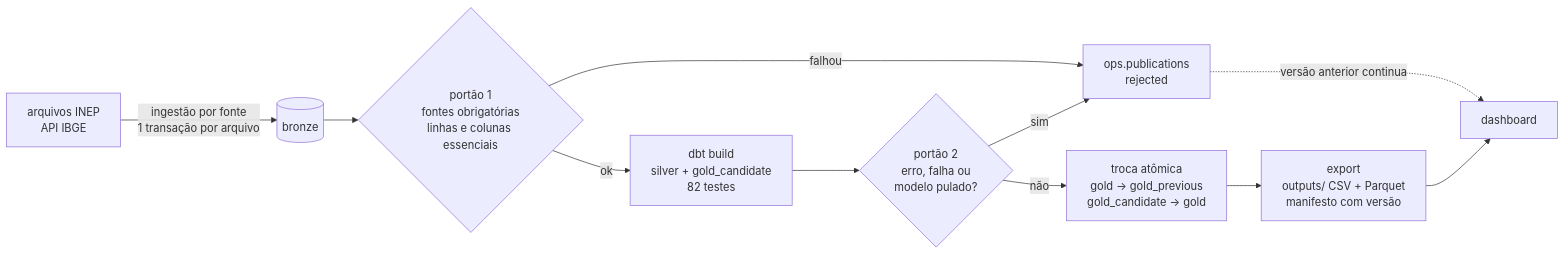
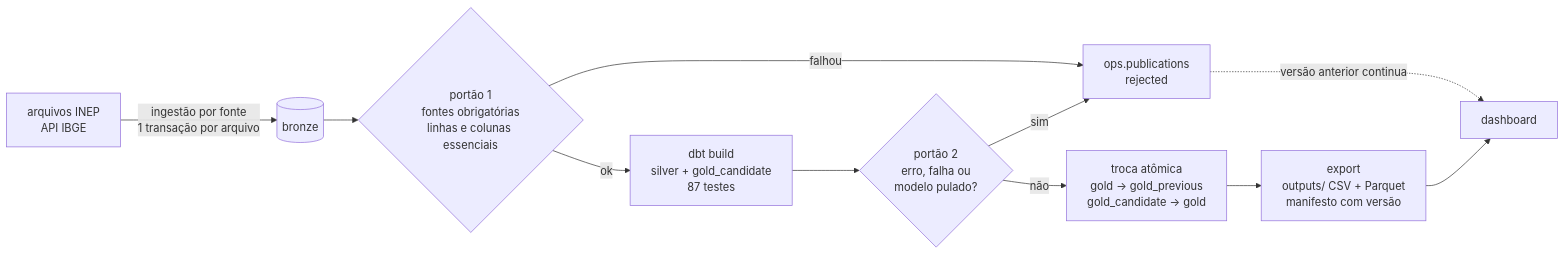
Before and after one commit to FellypeLimadaSilva/datahack: the diagram in docs/arquitetura.md, drawn with Mermaid. The commit also changed other lines of this file and 3 other files, not shown here.

````diff
--- a/docs/arquitetura.md
+++ b/docs/arquitetura.md
@@ -32,13 +32,13 @@
 ```mermaid
 flowchart LR
     A[arquivos INEP<br/>API IBGE] -->|ingestão por fonte<br/>1 transação por arquivo| B[(bronze)]
     B --> G1{portão 1<br/>fontes obrigatórias<br/>linhas e colunas essenciais}
     G1 -->|falhou| R[ops.publications<br/>rejected]
-    G1 -->|ok| D[dbt build<br/>silver + gold_candidate<br/>82 testes]
+    G1 -->|ok| D[dbt build<br/>silver + gold_candidate<br/>87 testes]
     D --> G2{portão 2<br/>erro, falha ou<br/>modelo pulado?}
     G2 -->|sim| R
     G2 -->|não| P[troca atômica<br/>gold -> gold_previous<br/>gold_candidate -> gold]
     P --> E[export<br/>outputs/ CSV + Parquet<br/>manifesto com versão]
     E --> S[dashboard]
     R -.->|versão anterior continua| S
 ```
````
